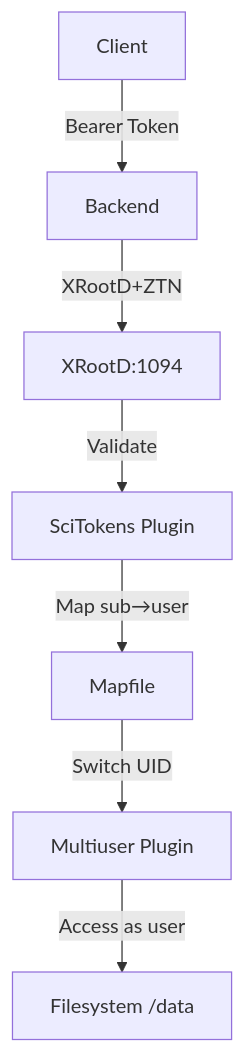
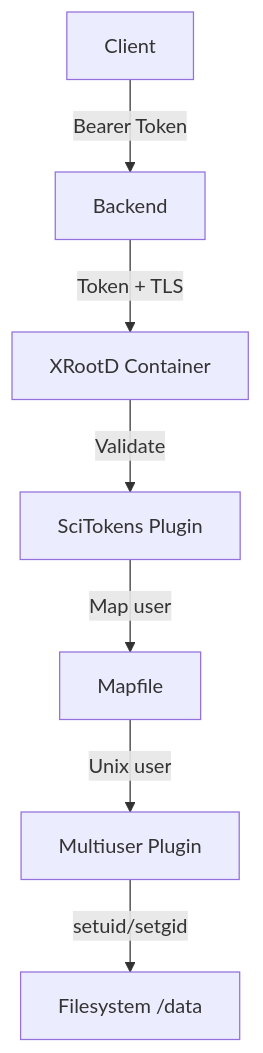
The first of 2 diagrams in docker/xrootd/README.md (AnarManafov/dataharbor), drawn with Mermaid before and after one commit. The commit also changed other lines of this file and 45 other files, not shown here.

````diff
--- a/docker/xrootd/README.md
+++ b/docker/xrootd/README.md
@@ -17,9 +23,9 @@
 ```mermaid
 graph TB
     CLIENT[Client] -->|Bearer Token| BE[Backend]
-    BE -->|XRootD+ZTN| XRD[XRootD:1094]
+    BE -->|Token + TLS| XRD[XRootD Container]
     XRD -->|Validate| SCI[SciTokens Plugin]
-    SCI -->|Map sub→user| MAP[Mapfile]
-    MAP -->|Switch UID| MULTI[Multiuser Plugin]
-    MULTI -->|Access as user| FS[Filesystem /data]
+    SCI -->|Map user| MAP[Mapfile]
+    MAP -->|Unix user| MULTI[Multiuser Plugin]
+    MULTI -->|setuid/setgid| FS[Filesystem /data]
 ```
````
